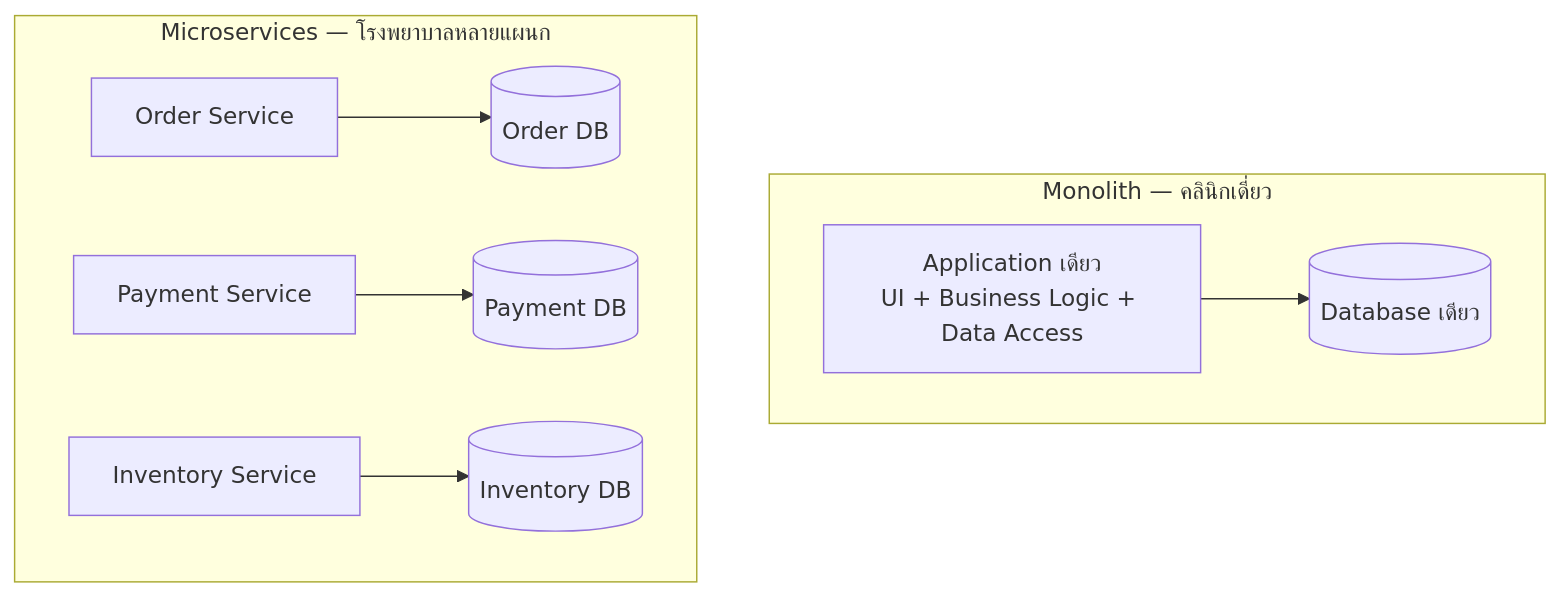
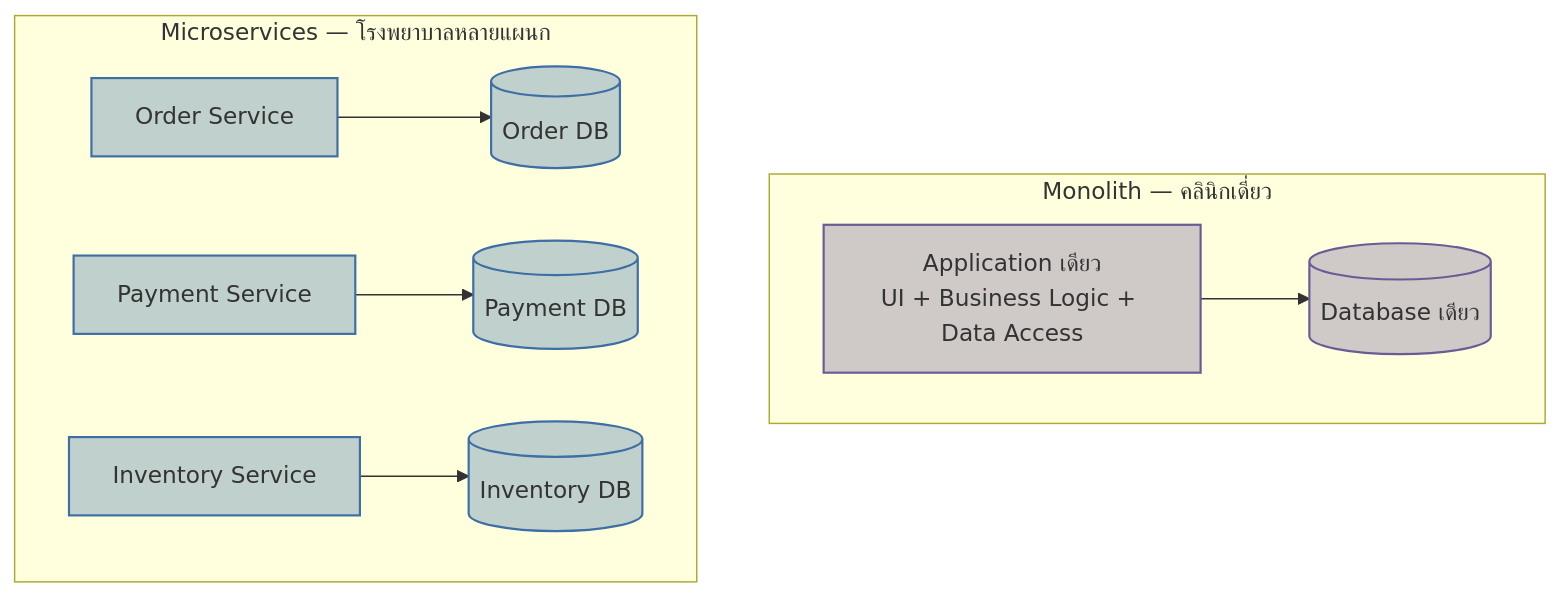
One commit to Thail3/study-system changed the diagram in src/content/module-13/01-monolith-vs-microservices-style.md. Above: the diagram before and after it, drawn with Mermaid. The commit also changed other lines of this file and 41 other files, not shown here.

First line of the commit message:
add Security Architecture pillar, Strangler Fig and intro topics, and bring System Architecture content up to par with System Design

````diff
--- a/src/content/module-13/01-monolith-vs-microservices-style.md
+++ b/src/content/module-13/01-monolith-vs-microservices-style.md
@@ -9,12 +9,17 @@
 ```mermaid
 graph TB
     subgraph Monolith["Monolith — คลินิกเดี่ยว"]
         M["Application เดียว<br/>UI + Business Logic + Data Access"]
         M --> DB1[("Database เดียว")]
     end
     subgraph Microservices["Microservices — โรงพยาบาลหลายแผนก"]
         S1["Order Service"] --> DB2[("Order DB")]
         S2["Payment Service"] --> DB3[("Payment DB")]
         S3["Inventory Service"] --> DB4[("Inventory DB")]
     end
+
+    classDef monolith fill:#6b5b9552,stroke:#6b5b95,stroke-width:1.5px
+    classDef micro fill:#3d6ea552,stroke:#3d6ea5,stroke-width:1.5px
+    class M,DB1 monolith
+    class S1,DB2,S2,DB3,S3,DB4 micro
 ```
````
